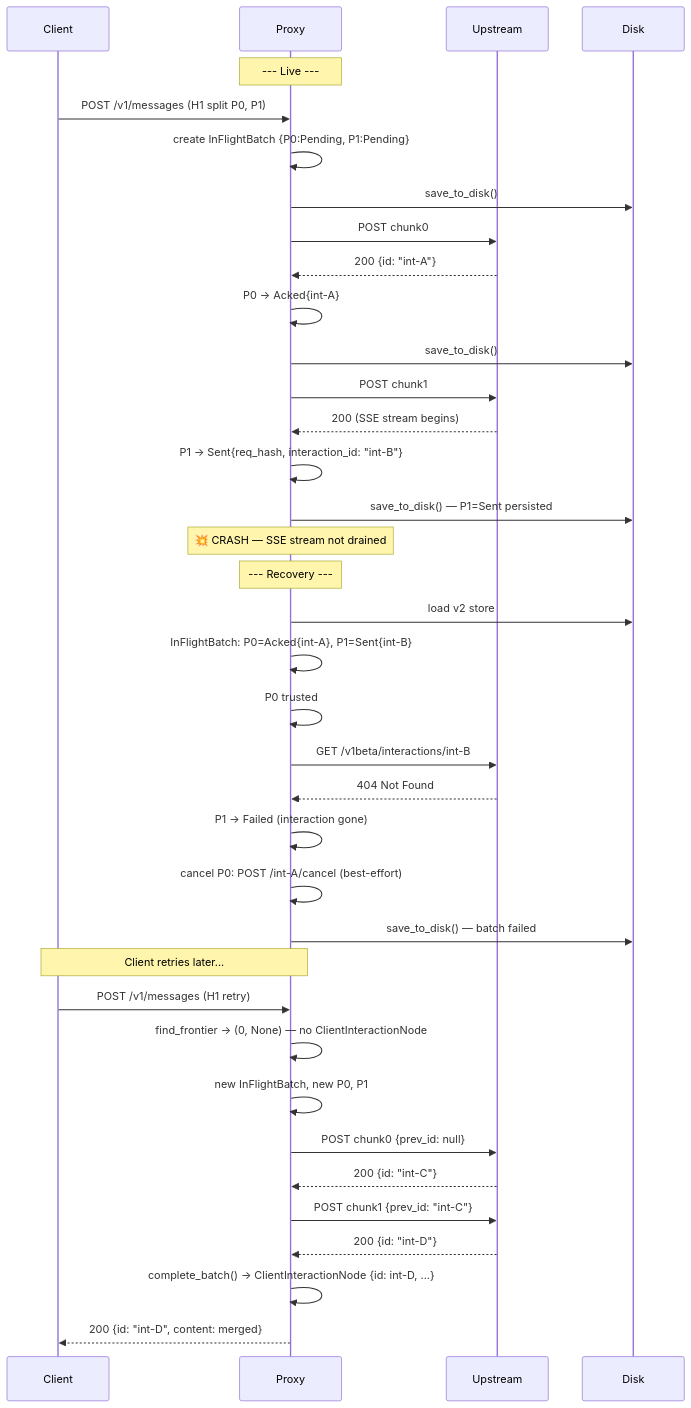
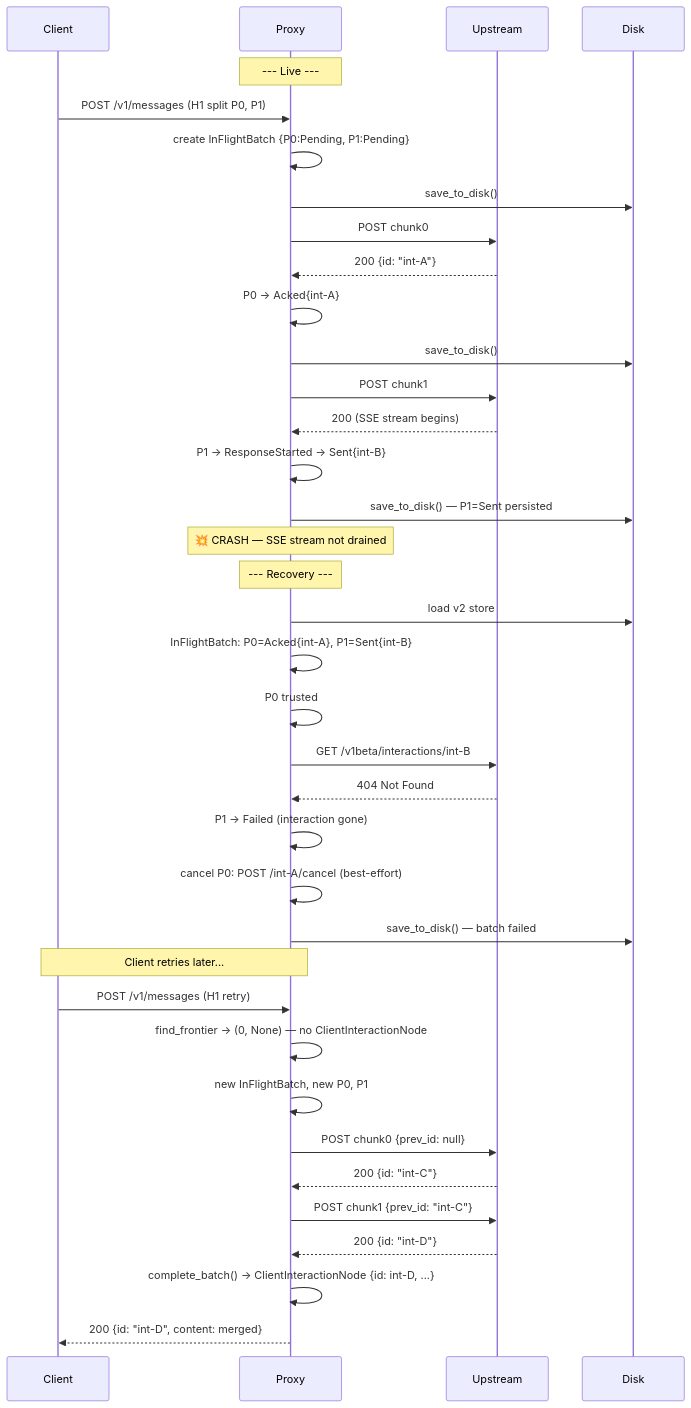
The ninth of 12 diagrams in openspec/changes/redesign-session-state-model/specs/protocol-conversion_delta.md (alexvas/inf-splitter), drawn with Mermaid before and after one commit.

Commit message:
Small spec fix

````diff
--- a/openspec/changes/redesign-session-state-model/specs/protocol-conversion_delta.md
+++ b/openspec/changes/redesign-session-state-model/specs/protocol-conversion_delta.md
@@ -425,47 +425,47 @@
 ```mermaid
 sequenceDiagram
     participant Client
     participant Proxy
     participant Upstream
     participant Disk
 
     Note over Proxy: --- Live ---
 
     Client->>Proxy: POST /v1/messages (H1 split P0, P1)
     Proxy->>Proxy: create InFlightBatch {P0:Pending, P1:Pending}
     Proxy->>Disk: save_to_disk()
 
     Proxy->>Upstream: POST chunk0
     Upstream-->>Proxy: 200 {id: "int-A"}
     Proxy->>Proxy: P0 → Acked{int-A}
     Proxy->>Disk: save_to_disk()
 
     Proxy->>Upstream: POST chunk1
     Upstream-->>Proxy: 200 (SSE stream begins)
-    Proxy->>Proxy: P1 → Sent{req_hash, interaction_id: "int-B"}
+    Proxy->>Proxy: P1 → ResponseStarted → Sent{int-B}
     Proxy->>Disk: save_to_disk() — P1=Sent persisted
 
     Note over Proxy: 💥 CRASH — SSE stream not drained
 
     Note over Proxy: --- Recovery ---
     Proxy->>Disk: load v2 store
     Proxy->>Proxy: InFlightBatch: P0=Acked{int-A}, P1=Sent{int-B}
     Proxy->>Proxy: P0 trusted
     Proxy->>Upstream: GET /v1beta/interactions/int-B
     Upstream-->>Proxy: 404 Not Found
     Proxy->>Proxy: P1 → Failed (interaction gone)
     Proxy->>Proxy: cancel P0: POST /int-A/cancel (best-effort)
     Proxy->>Disk: save_to_disk() — batch failed
 
     Note over Proxy,Client: Client retries later...
 
     Client->>Proxy: POST /v1/messages (H1 retry)
     Proxy->>Proxy: find_frontier → (0, None) — no ClientInteractionNode
     Proxy->>Proxy: new InFlightBatch, new P0, P1
     Proxy->>Upstream: POST chunk0 {prev_id: null}
     Upstream-->>Proxy: 200 {id: "int-C"}
     Proxy->>Upstream: POST chunk1 {prev_id: "int-C"}
     Upstream-->>Proxy: 200 {id: "int-D"}
     Proxy->>Proxy: complete_batch() → ClientInteractionNode {id: int-D, ...}
     Proxy-->>Client: 200 {id: "int-D", content: merged}
 ```
````
